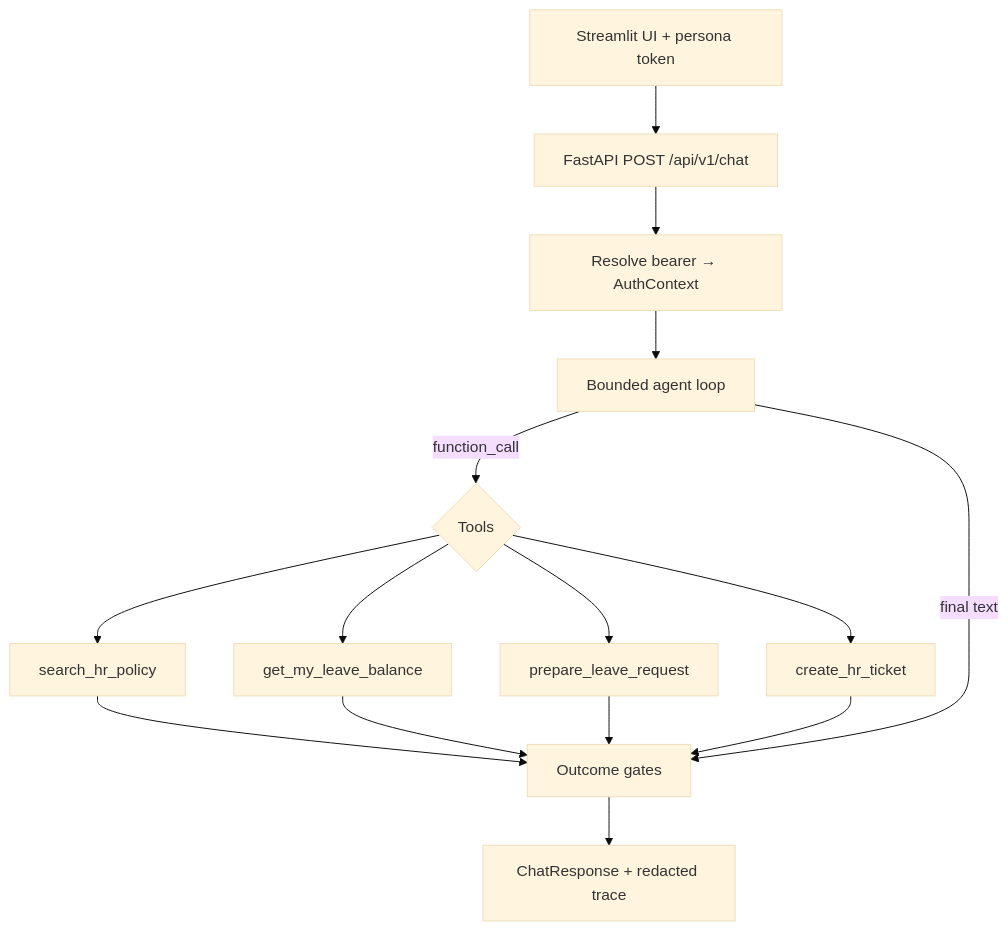
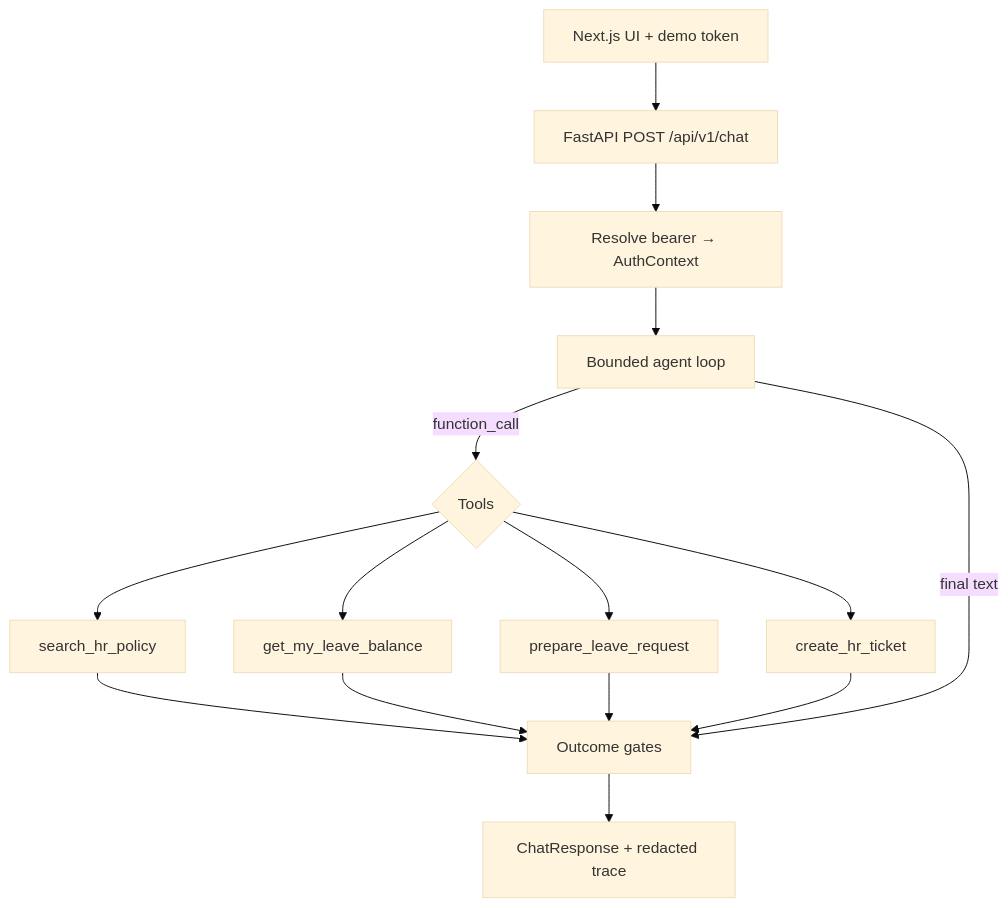
One commit to haniialfiyyaah/hr-assistant changed the first of 6 diagrams in docs/project-guide.md. Above: the diagram before and after it, drawn with Mermaid (base theme). The commit also changed other lines of this file and 14 other files, not shown here.

First line of the commit message:
Remove Streamlit and Render now that Next.js and Vercel own the UI path.

````diff
--- a/docs/project-guide.md
+++ b/docs/project-guide.md
@@ -61,17 +61,17 @@
 ```mermaid
 flowchart TB
-  UI[Streamlit UI + persona token] --> API[FastAPI POST /api/v1/chat]
+  UI[Next.js UI + demo token] --> API[FastAPI POST /api/v1/chat]
   API --> Auth[Resolve bearer → AuthContext]
   Auth --> Agent[Bounded agent loop]
   Agent -->|function_call| Tools{Tools}
   Tools --> RAG[search_hr_policy]
   Tools --> Bal[get_my_leave_balance]
   Tools --> Prep[prepare_leave_request]
   Tools --> Ticket[create_hr_ticket]
   RAG --> Gate[Outcome gates]
   Bal --> Gate
   Prep --> Gate
   Ticket --> Gate
   Agent -->|final text| Gate
   Gate --> Out[ChatResponse + redacted trace]
 ```
````
